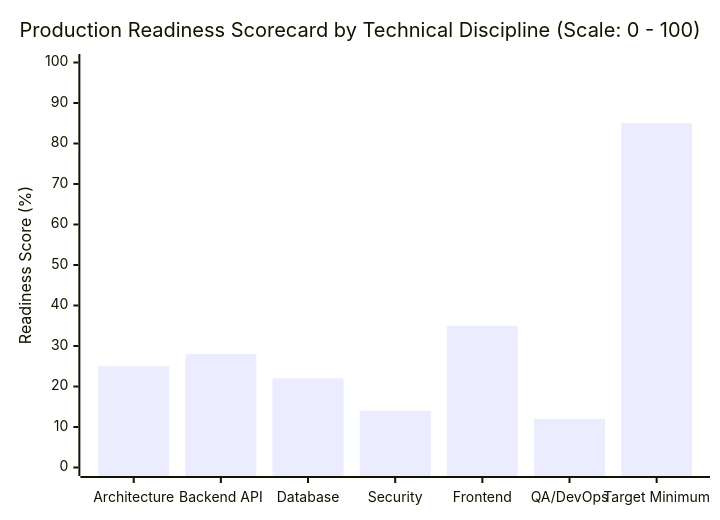
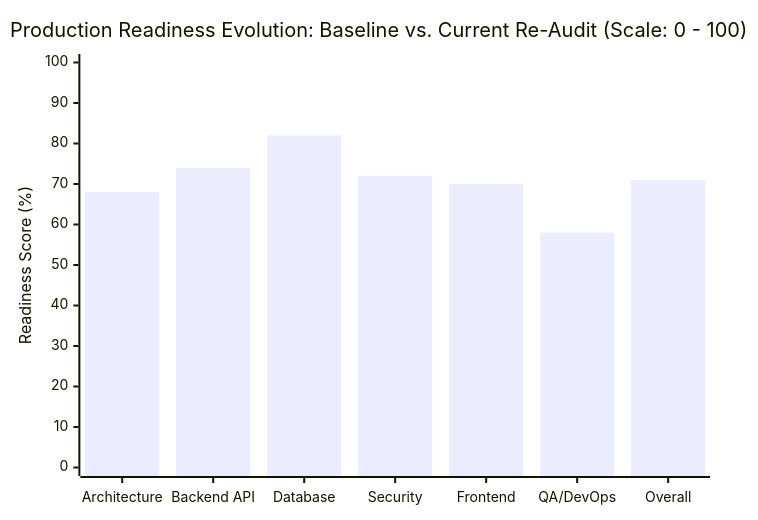
One commit to davitglonti/totc-elearning changed the first of 8 diagrams in PRODUCTION_AUDIT.md. Above: the diagram before and after it, drawn with Mermaid. The commit also changed other lines of this file, not shown here.

Commit message:
docs(audit): update PRODUCTION_AUDIT.md with full re-audit scorecard and delta analysis

````diff
--- a/PRODUCTION_AUDIT.md
+++ b/PRODUCTION_AUDIT.md
@@ -31,7 +33,7 @@
 ```mermaid
 xychart-beta
-    title "Production Readiness Scorecard by Technical Discipline (Scale: 0 - 100)"
-    x-axis ["Architecture", "Backend API", "Database", "Security", "Frontend", "QA/DevOps", "Target Minimum"]
+    title "Production Readiness Evolution: Baseline vs. Current Re-Audit (Scale: 0 - 100)"
+    x-axis ["Architecture", "Backend API", "Database", "Security", "Frontend", "QA/DevOps", "Overall"]
     y-axis "Readiness Score (%)" 0 --> 100
-    bar [25, 28, 22, 14, 35, 12, 85]
+    bar [68, 74, 82, 72, 70, 58, 71]
 ```
````
